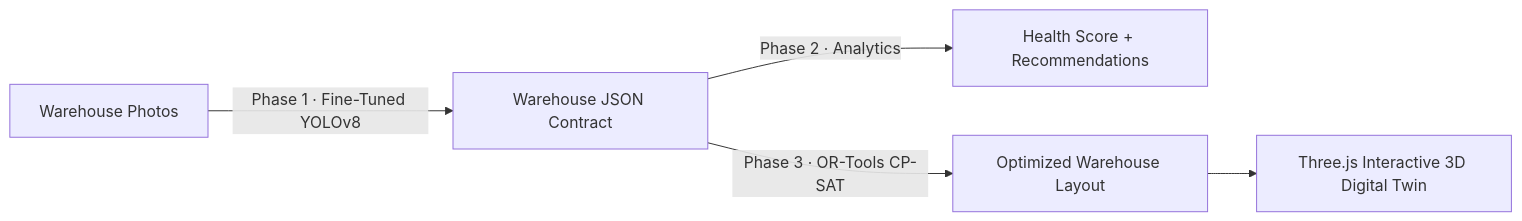
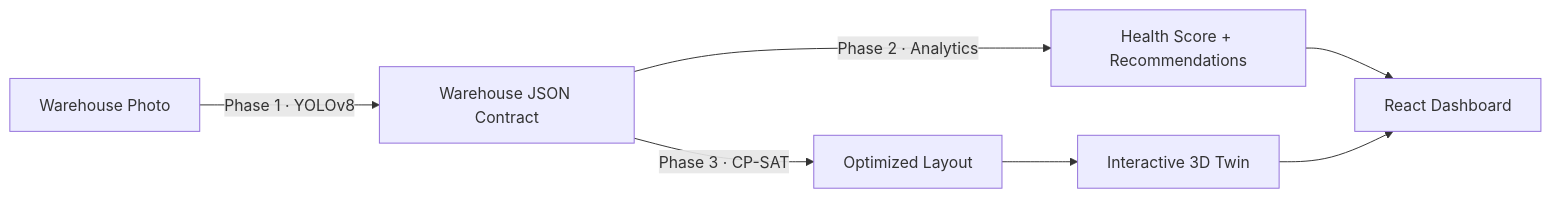
The diagram in README.md (ayush-kr-repo/ShelfSense), drawn with Mermaid before and after one commit. The commit also changed other lines of this file and 10 other files, not shown here.

````diff
--- a/README.md
+++ b/README.md
@@ -15,7 +78,9 @@
 ```mermaid
 flowchart LR
-    A[Warehouse Photos] -->|"Phase 1 · Fine-Tuned YOLOv8"| B[Warehouse JSON Contract]
+    A[Warehouse Photo] -->|"Phase 1 · YOLOv8"| B[Warehouse JSON Contract]
     B -->|"Phase 2 · Analytics"| C[Health Score + Recommendations]
-    B -->|"Phase 3 · OR-Tools CP-SAT"| D[Optimized Warehouse Layout]
-    D --> E[Three.js Interactive 3D Digital Twin]
+    B -->|"Phase 3 · CP-SAT"| D[Optimized Layout]
+    D --> E[Interactive 3D Twin]
+    C --> F[React Dashboard]
+    E --> F
 ```
````
